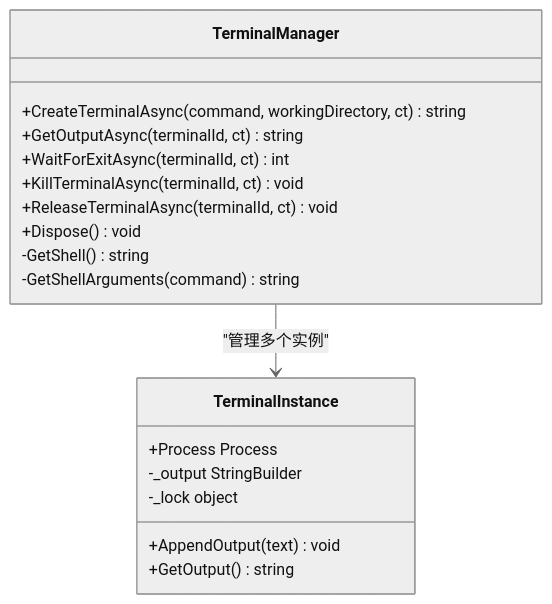
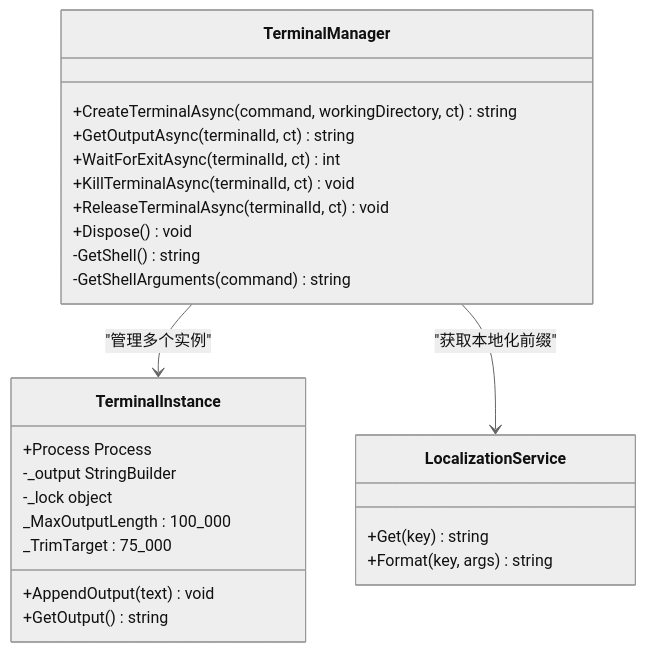
The third of 5 diagrams in .qoder/repowiki/zh/content/终端管理.md (AgenticDesktop/App), drawn with Mermaid (neutral theme) before and after one commit. The commit also changed other lines of this file and 108 other files, not shown here.

````diff
--- a/.qoder/repowiki/zh/content/终端管理.md
+++ b/.qoder/repowiki/zh/content/终端管理.md
@@ -131,21 +152,28 @@
 ```mermaid
 classDiagram
 class TerminalManager {
 +CreateTerminalAsync(command, workingDirectory, ct) string
 +GetOutputAsync(terminalId, ct) string
 +WaitForExitAsync(terminalId, ct) int
 +KillTerminalAsync(terminalId, ct) void
 +ReleaseTerminalAsync(terminalId, ct) void
 +Dispose() void
 -GetShell() string
 -GetShellArguments(command) string
 }
 class TerminalInstance {
 +Process Process
 +AppendOutput(text) void
 +GetOutput() string
 -_output StringBuilder
 -_lock object
+_MaxOutputLength : 100_000
+_TrimTarget : 75_000
+}
+class LocalizationService {
++Get(key) string
++Format(key, args) string
 }
 TerminalManager --> TerminalInstance : "管理多个实例"
+TerminalManager --> LocalizationService : "获取本地化前缀"
 ```
````
